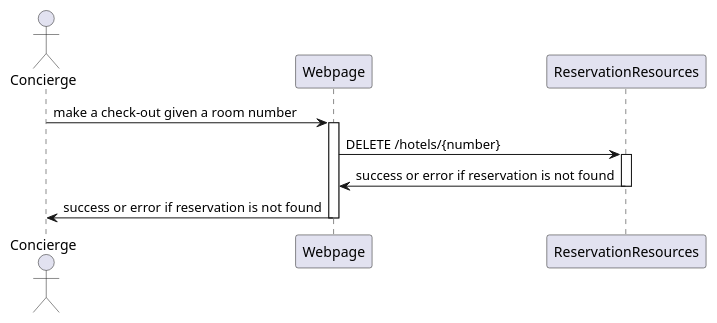
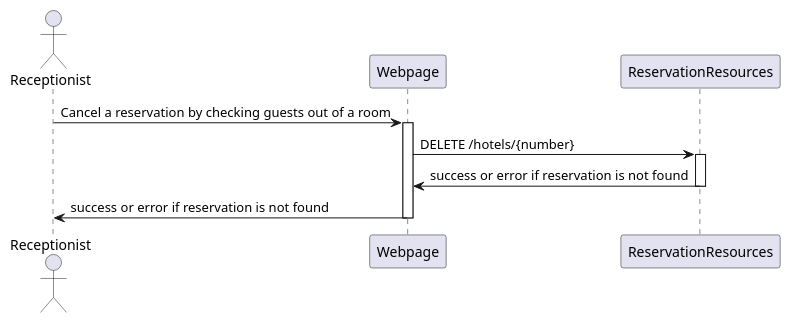
Before and after one commit to dearrudam/workshop-quarkus-jnosql-quarkus-club: the diagram in doc/check-out.puml, drawn with PlantUML. The commit also changed 10 other files, not shown here.

```diff
--- a/doc/check-out.puml
+++ b/doc/check-out.puml
@@ -1,15 +1,15 @@
 @startuml
 
-actor Concierge
+actor Receptionist
 
 
-Concierge -> Webpage: make a check-out given a room number
+Receptionist -> Webpage: Cancel a reservation by checking guests out of a room
 activate Webpage
 Webpage -> ReservationResources: DELETE /hotels/{number}
 activate ReservationResources
 Webpage <- ReservationResources: success or error if reservation is not found
 deactivate ReservationResources
-Concierge <- Webpage: success or error if reservation is not found
+Receptionist <- Webpage: success or error if reservation is not found
 deactivate Webpage
 
 @enduml
```
